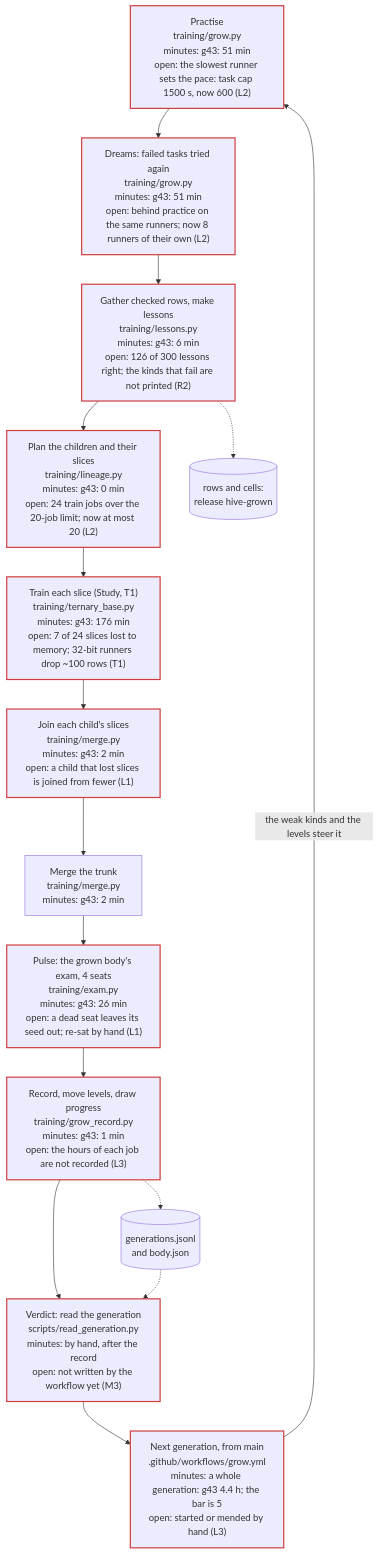
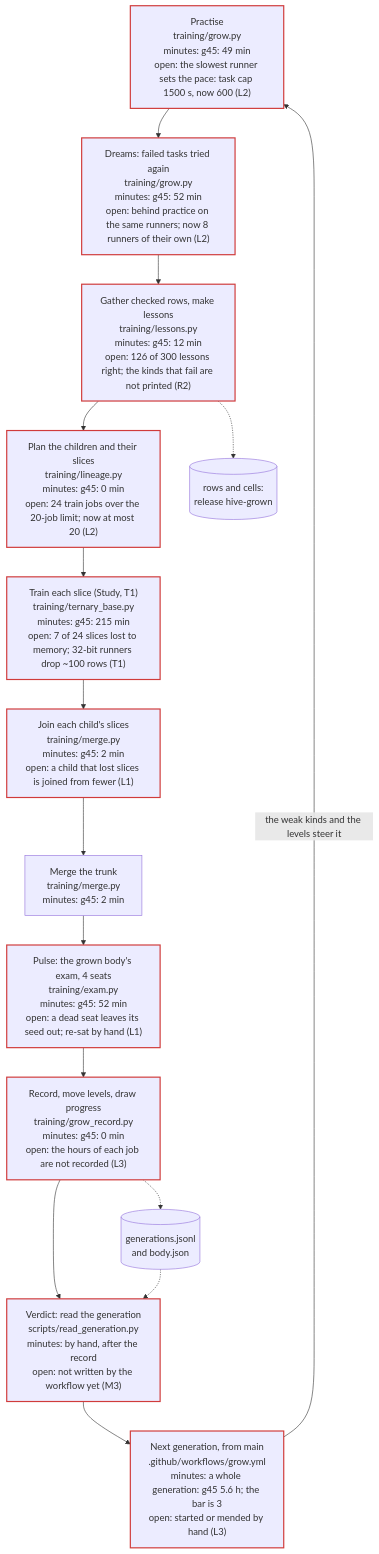
The first of 4 diagrams in docs/KNOWLEDGE.md (Arnav123-s/HiveMIND), drawn with Mermaid before and after one commit. The commit also changed other lines of this file and 9 other files, not shown here.

First line of the commit message:
Gate keeps only after >= before; read skips done pieces and says self-taught rows; failed read shown; nightly backstop apart; one knowledge entry a generation

````diff
--- a/docs/KNOWLEDGE.md
+++ b/docs/KNOWLEDGE.md
@@ -11,31 +11,31 @@
 ```mermaid
 flowchart TD
-  practise["Practise<br/>training/grow.py<br/>minutes: g43: 51 min<br/>open: the slowest runner sets the pace: task cap 1500 s, now 600 (L2)"]:::open
-  dreams["Dreams: failed tasks tried again<br/>training/grow.py<br/>minutes: g43: 51 min<br/>open: behind practice on the same runners; now 8 runners of their own (L2)"]:::open
-  gather["Gather checked rows, make lessons<br/>training/lessons.py<br/>minutes: g43: 6 min<br/>open: 126 of 300 lessons right; the kinds that fail are not printed (R2)"]:::open
-  plan["Plan the children and their slices<br/>training/lineage.py<br/>minutes: g43: 0 min<br/>open: 24 train jobs over the 20-job limit; now at most 20 (L2)"]:::open
-  trainc["Train each slice (Study, T1)<br/>training/ternary_base.py<br/>minutes: g43: 176 min<br/>open: 7 of 24 slices lost to memory; 32-bit runners drop ~100 rows (T1)"]:::open
-  join["Join each child's slices<br/>training/merge.py<br/>minutes: g43: 2 min<br/>open: a child that lost slices is joined from fewer (L1)"]:::open
-  trunk["Merge the trunk<br/>training/merge.py<br/>minutes: g43: 2 min"]
-  pulse["Pulse: the grown body's exam, 4 seats<br/>training/exam.py<br/>minutes: g43: 26 min<br/>open: a dead seat leaves its seed out; re-sat by hand (L1)"]:::open
-  recordg["Record, move levels, draw progress<br/>training/grow_record.py<br/>minutes: g43: 1 min<br/>open: the hours of each job are not recorded (L3)"]:::open
+  practise["Practise<br/>training/grow.py<br/>minutes: g45: 49 min<br/>open: the slowest runner sets the pace: task cap 1500 s, now 600 (L2)"]:::open
+  dreams["Dreams: failed tasks tried again<br/>training/grow.py<br/>minutes: g45: 52 min<br/>open: behind practice on the same runners; now 8 runners of their own (L2)"]:::open
+  gather["Gather checked rows, make lessons<br/>training/lessons.py<br/>minutes: g45: 12 min<br/>open: 126 of 300 lessons right; the kinds that fail are not printed (R2)"]:::open
+  plan["Plan the children and their slices<br/>training/lineage.py<br/>minutes: g45: 0 min<br/>open: 24 train jobs over the 20-job limit; now at most 20 (L2)"]:::open
+  trainc["Train each slice (Study, T1)<br/>training/ternary_base.py<br/>minutes: g45: 215 min<br/>open: 7 of 24 slices lost to memory; 32-bit runners drop ~100 rows (T1)"]:::open
+  join["Join each child's slices<br/>training/merge.py<br/>minutes: g45: 2 min<br/>open: a child that lost slices is joined from fewer (L1)"]:::open
+  trunk["Merge the trunk<br/>training/merge.py<br/>minutes: g45: 2 min"]
+  pulse["Pulse: the grown body's exam, 4 seats<br/>training/exam.py<br/>minutes: g45: 52 min<br/>open: a dead seat leaves its seed out; re-sat by hand (L1)"]:::open
+  recordg["Record, move levels, draw progress<br/>training/grow_record.py<br/>minutes: g45: 0 min<br/>open: the hours of each job are not recorded (L3)"]:::open
   verdictg["Verdict: read the generation<br/>scripts/read_generation.py<br/>minutes: by hand, after the record<br/>open: not written by the workflow yet (M3)"]:::open
-  nextg["Next generation, from main<br/>.github/workflows/grow.yml<br/>minutes: a whole generation: g43 4.4 h; the bar is 5<br/>open: started or mended by hand (L3)"]:::open
+  nextg["Next generation, from main<br/>.github/workflows/grow.yml<br/>minutes: a whole generation: g45 5.6 h; the bar is 3<br/>open: started or mended by hand (L3)"]:::open
   practise --> dreams
   dreams --> gather
   gather --> plan
   plan --> trainc
   trainc --> join
   join --> trunk
   trunk --> pulse
   pulse --> recordg
   recordg --> verdictg
   verdictg --> nextg
   nextg -->|"the weak kinds and the levels steer it"| practise
   rel[("rows and cells:<br/>release hive-grown")]
   rec[("generations.jsonl<br/>and body.json")]
   gather -.-> rel
   recordg -.-> rec
   rec -.-> verdictg
   classDef open stroke:#d03b3b,stroke-width:2px
 ```
````
